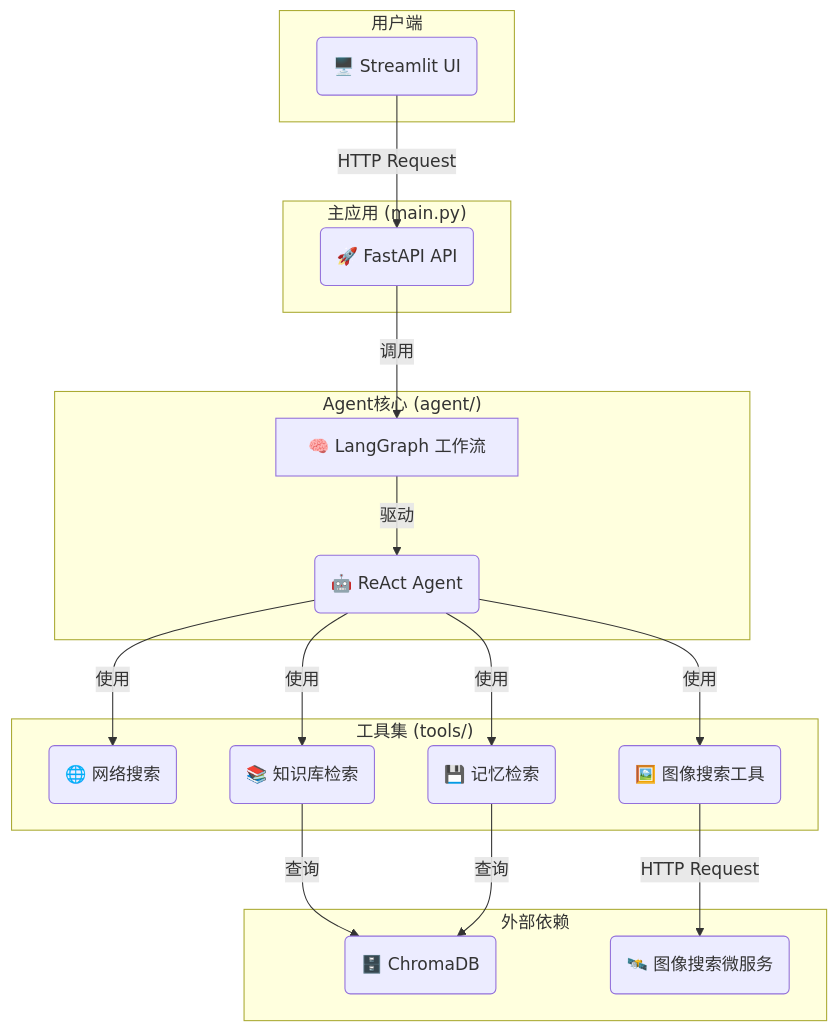
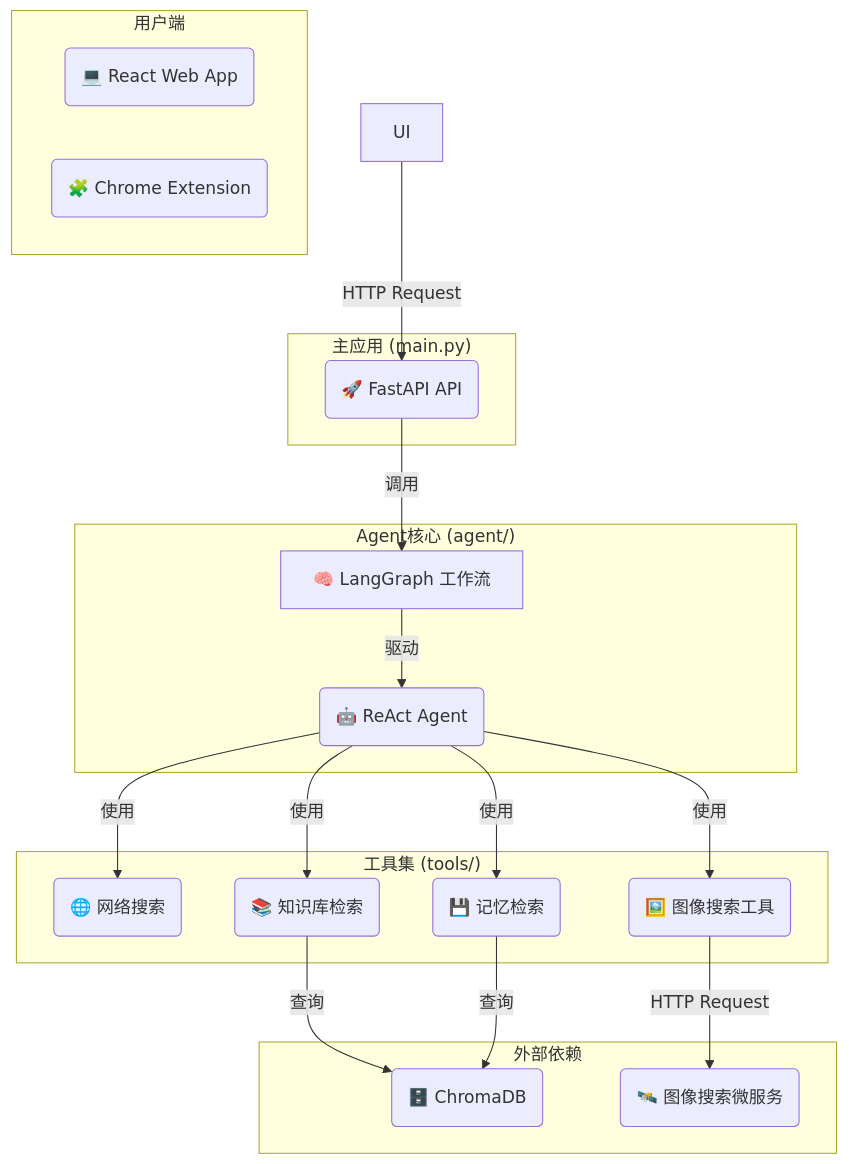
Before and after one commit to Frederick2313072/ai_student_agent: the diagram in README.md, drawn with Mermaid. The commit also changed other lines of this file and 43 other files, not shown here.

````diff
--- a/README.md
+++ b/README.md
@@ -28,38 +29,39 @@
 ```mermaid
 graph TD
     subgraph "用户端"
-        UI(🖥️ Streamlit UI)
+        WebApp(💻 React Web App)
+        Plugin(🧩 Chrome Extension)
     end
 
     subgraph "主应用 (main.py)"
         API(🚀 FastAPI API)
     end
 
     subgraph "Agent核心 (agent/)"
         LG[🧠 LangGraph 工作流]
         React(🤖 ReAct Agent)
     end
-    
+
     subgraph "工具集 (tools/)"
         Tavily(🌐 网络搜索)
         RAG(📚 知识库检索)
         Memory(💾 记忆检索)
         ImageSearchTool(🖼️ 图像搜索工具)
     end
-    
+
     subgraph "外部依赖"
         Chroma(🗄️ ChromaDB)
         MCP(🛰️ 图像搜索微服务)
     end
 
     UI -- HTTP Request --> API
     API -- 调用 --> LG
     LG -- 驱动 --> React
     React -- 使用 --> Tavily
     React -- 使用 --> RAG
     React -- 使用 --> Memory
     React -- 使用 --> ImageSearchTool
     ImageSearchTool -- HTTP Request --> MCP
     RAG -- 查询 --> Chroma
     Memory -- 查询 --> Chroma
 ```
````
